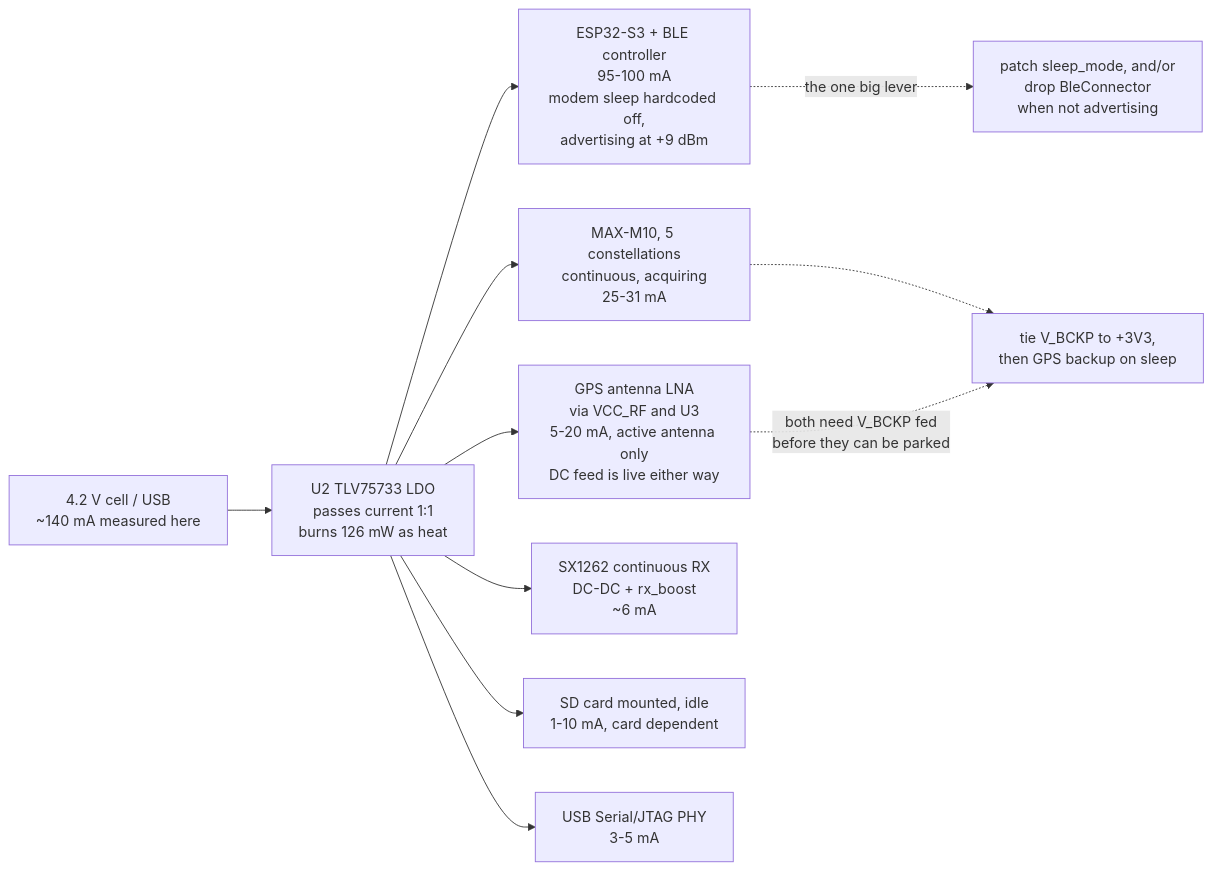
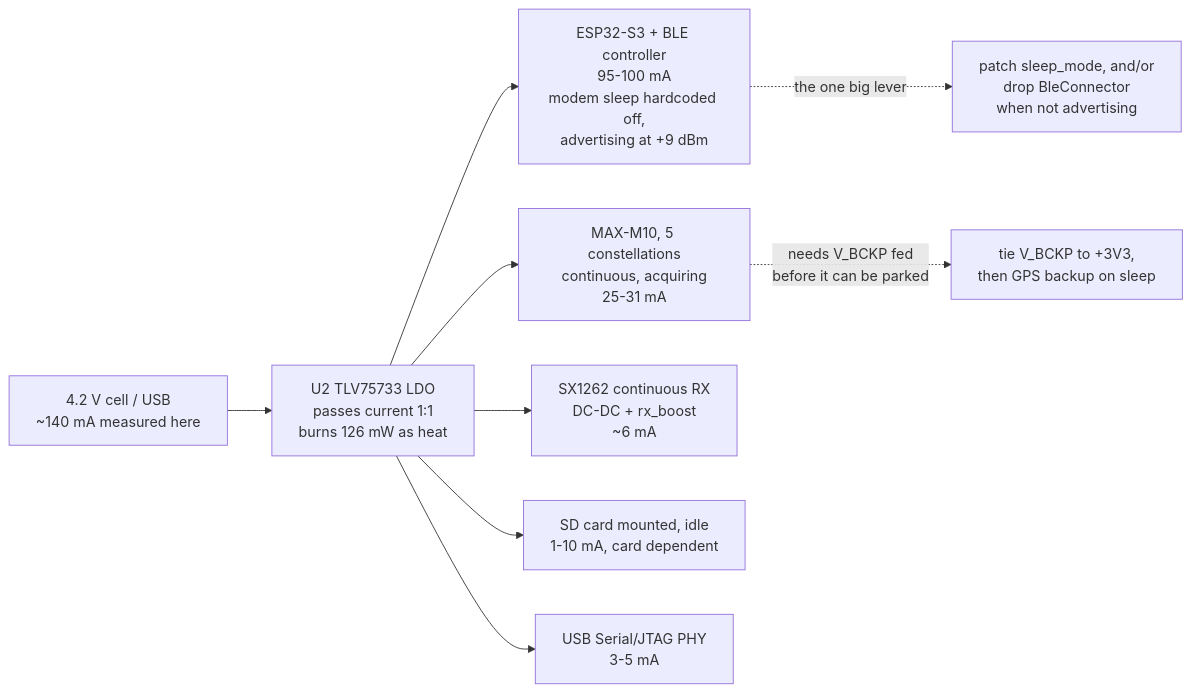
One commit to Telemety-In-Midair/telemetry-in-midair-rs changed the diagram in POWER-S3.md. Above: the diagram before and after it, drawn with Mermaid. The commit also changed other lines of this file, not shown here.

First line of the commit message:
docs: U3 is unpopulated, so the antenna question was never open

````diff
--- a/POWER-S3.md
+++ b/POWER-S3.md
@@ -103,17 +103,15 @@
 ```mermaid
 flowchart LR
     CELL["4.2 V cell / USB<br/>~140 mA measured here"]
     LDO["U2 TLV75733 LDO<br/>passes current 1:1<br/>burns 126 mW as heat"]
     CELL --> LDO
 
     LDO --> BLE["ESP32-S3 + BLE controller<br/>95-100 mA<br/>modem sleep hardcoded off,<br/>advertising at +9 dBm"]
     LDO --> GPS["MAX-M10, 5 constellations<br/>continuous, acquiring<br/>25-31 mA"]
-    LDO --> ANT["GPS antenna LNA<br/>via VCC_RF and U3<br/>5-20 mA, active antenna only<br/>DC feed is live either way"]
     LDO --> LORA["SX1262 continuous RX<br/>DC-DC + rx_boost<br/>~6 mA"]
     LDO --> SD["SD card mounted, idle<br/>1-10 mA, card dependent"]
     LDO --> USB["USB Serial/JTAG PHY<br/>3-5 mA"]
 
     BLE -.->|"the one big lever"| FIX1["patch sleep_mode, and/or<br/>drop BleConnector<br/>when not advertising"]
-    GPS -.-> FIX2
-    ANT -.->|"both need V_BCKP fed<br/>before they can be parked"| FIX2["tie V_BCKP to +3V3,<br/>then GPS backup on sleep"]
+    GPS -.->|"needs V_BCKP fed<br/>before it can be parked"| FIX2["tie V_BCKP to +3V3,<br/>then GPS backup on sleep"]
 ```
````
